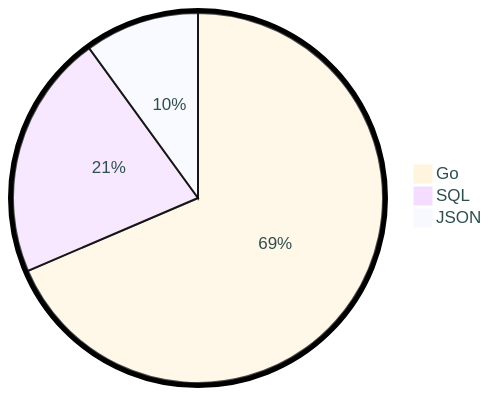
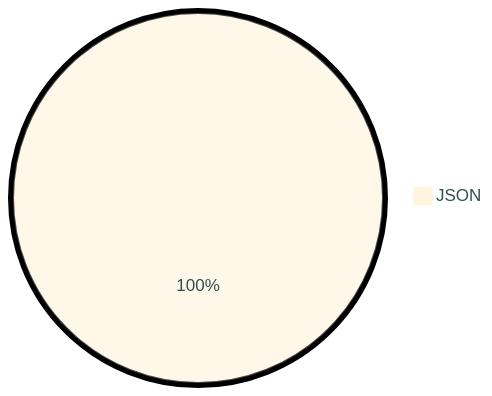
One commit to tot0p/tot0p changed the diagram in README.md. Above: the diagram before and after it, drawn with Mermaid. The commit also changed other lines of this file, not shown here.

````diff
--- a/README.md
+++ b/README.md
@@ -115,7 +113,5 @@
 ```mermaid
 %%{init: {"pie": {"textPosition": 0.5}, "themeVariables": {"pieOuterStrokeWidth": "5px","primaryTextColor" : "#2F4F4F"},"theme":"base"} }%%
 pie
-	"Go": 68.56
-	"SQL": 21.44
-	"JSON": 10.0
+	"JSON": 100.0
 ```
````
